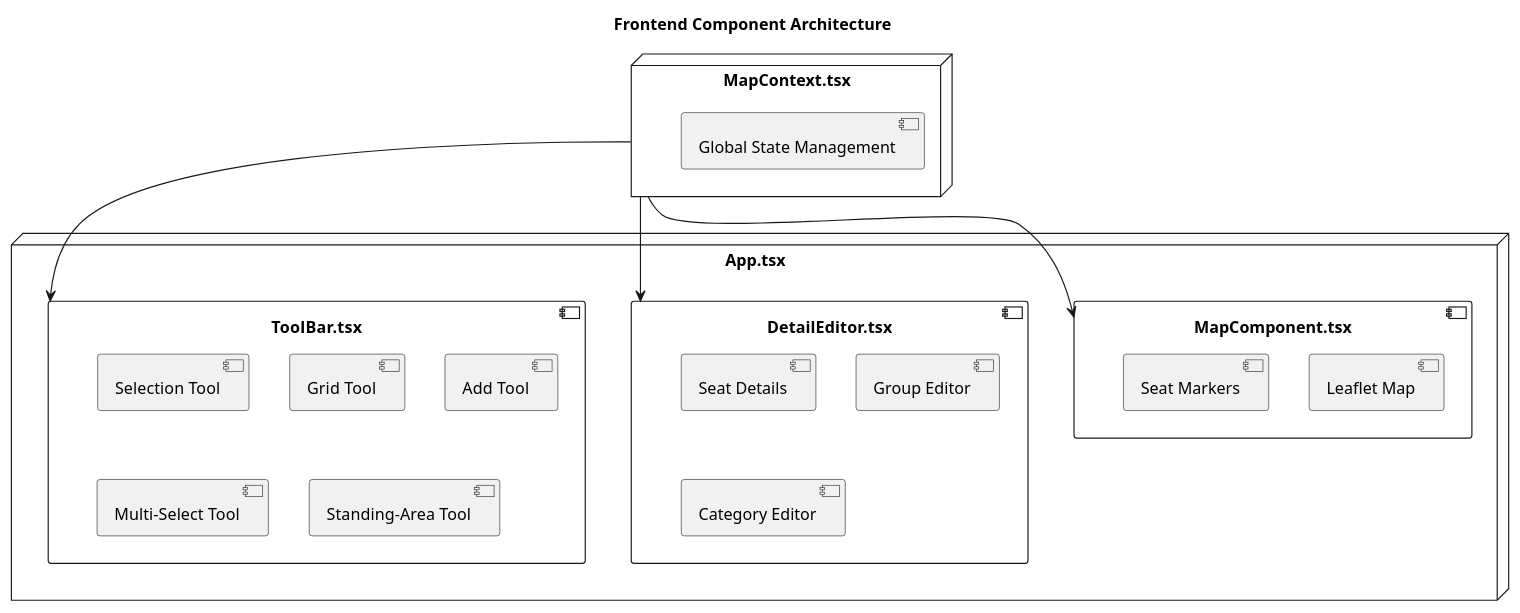
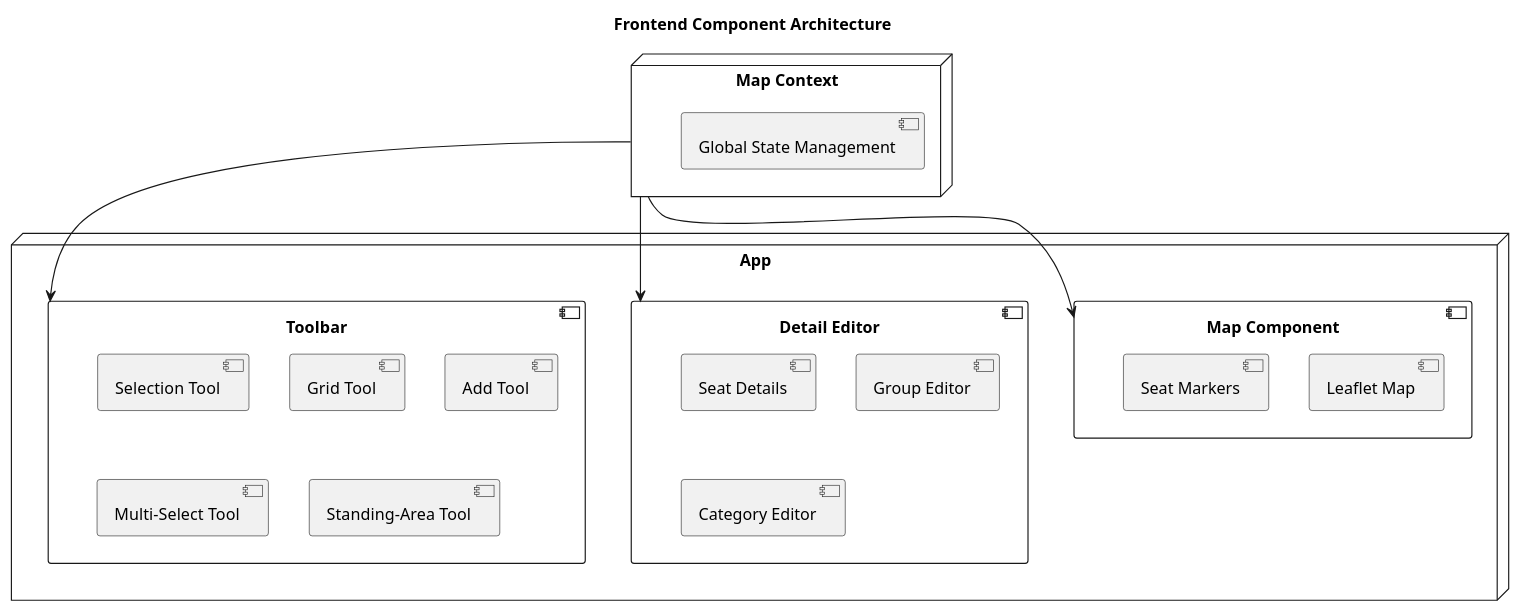
One commit to Michi4/seatgen-da changed the diagram in sections/implementation/frontend_architecture.puml. Above: the diagram before and after it, drawn with PlantUML. The commit also changed 12 other files, not shown here.

```diff
--- a/sections/implementation/frontend_architecture.puml
+++ b/sections/implementation/frontend_architecture.puml
@@ -1,36 +1,36 @@
 @startuml
 title Frontend Component Architecture
 
-node "App.tsx" {
-    "MapComponent.tsx"
-    "DetailEditor.tsx"
-    "ToolBar.tsx"
+node "App" {
+    "Map Component"
+    "Detail Editor"
+    "Toolbar"
 }
 
-component "MapComponent.tsx" {
+component "Map Component" {
     [Leaflet Map]
     [Seat Markers]
 }
 
-component "ToolBar.tsx" {
+component "Toolbar" {
     [Selection Tool]
     [Grid Tool]
     [Add Tool]
     [Multi-Select Tool]
     [Standing-Area Tool]
 }
 
-component "DetailEditor.tsx" {
+component "Detail Editor" {
     [Seat Details]
     [Group Editor]
     [Category Editor]
 }
 
-node "MapContext.tsx" {
+node "Map Context" {
     [Global State Management]
 }
 
-"MapContext.tsx" --> "MapComponent.tsx"
-"MapContext.tsx" --> "ToolBar.tsx"
-"MapContext.tsx" --> "DetailEditor.tsx"
+"Map Context" --> "Map Component"
+"Map Context" --> "Toolbar"
+"Map Context" --> "Detail Editor"
 @enduml
```
